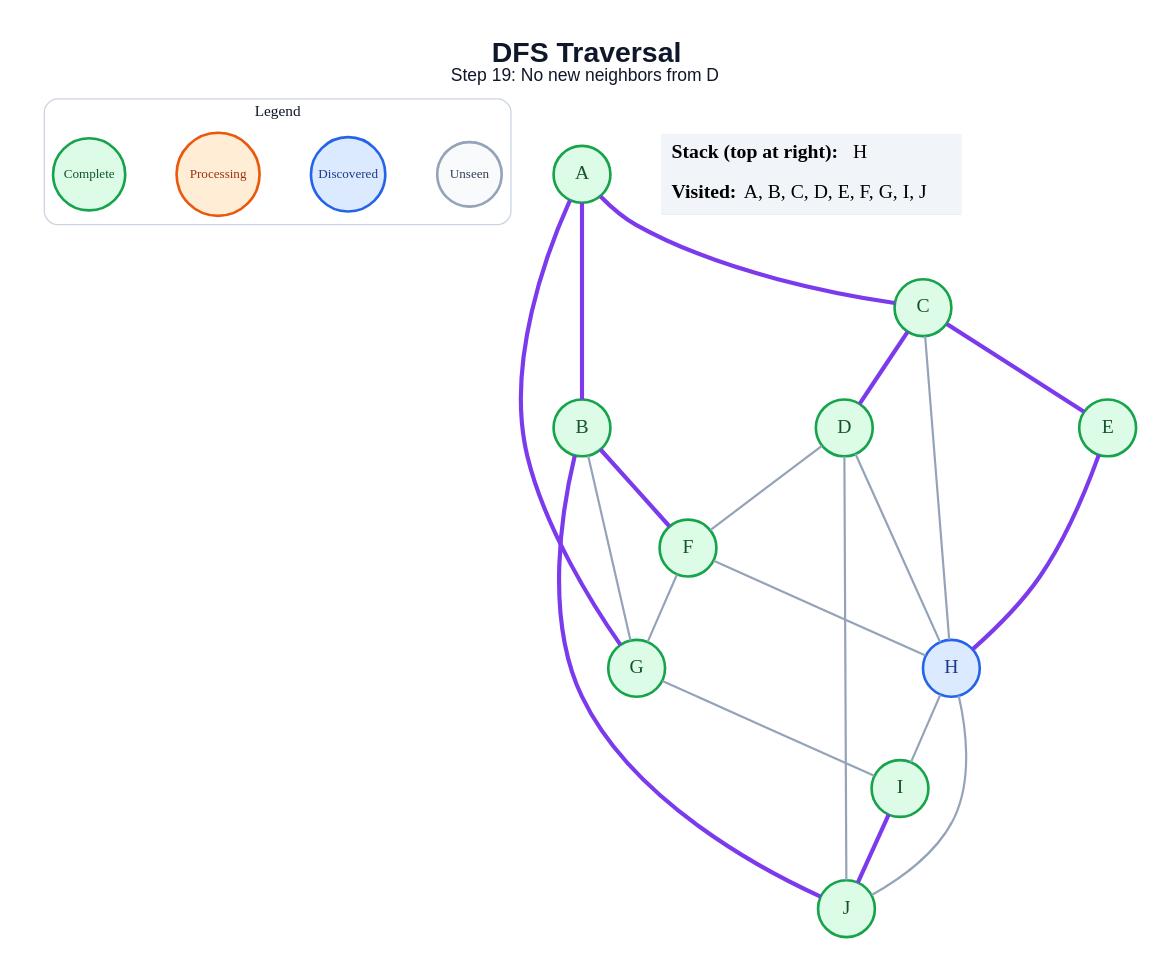
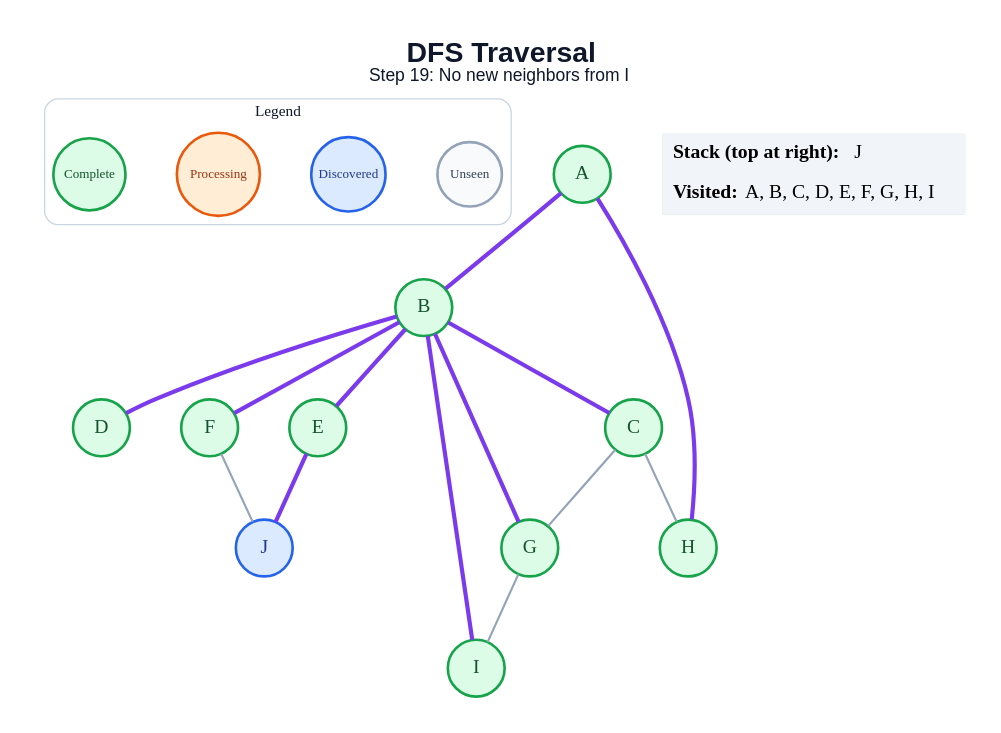
The diagram in generated/specific-node/dfs/step_19.dot (amanghodawala9/ai-slop), drawn with Graphviz before and after one commit. The commit also changed 178 other files, not shown here.

```diff
--- a/generated/specific-node/dfs/step_19.dot
+++ b/generated/specific-node/dfs/step_19.dot
@@ -1,48 +1,42 @@
 graph traversal {
   graph [layout=dot, rankdir=TB, bgcolor="#FFFFFF", pad="0.35", nodesep="0.65", ranksep="0.8", fontname="Arial"];
   node [shape=circle, style="filled", fontname="Arial Bold", fontsize=18, width=0.72, fixedsize=true, penwidth=2.4];
   edge [color="#94A3B8", penwidth=2.0];
-  label=<<B>DFS Traversal</B><BR/><FONT POINT-SIZE="16">Step 19: No new neighbors from D</FONT>>; labelloc="t"; fontsize=26; fontname="Arial"; fontcolor="#0F172A";
+  label=<<B>DFS Traversal</B><BR/><FONT POINT-SIZE="16">Step 19: No new neighbors from I</FONT>>; labelloc="t"; fontsize=26; fontname="Arial"; fontcolor="#0F172A";
   subgraph cluster_legend { label="Legend"; color="#CBD5E1"; penwidth=1.2; style="rounded"; fontsize=14; fontname="Arial Bold";
     key_unseen [label="Unseen", fillcolor="#F8FAFC", color="#94A3B8", fontcolor="#334155", fontsize=12, width=0.82];
     key_frontier [label="Discovered", fillcolor="#DBEAFE", color="#2563EB", fontcolor="#1E3A8A", fontsize=12, width=0.95];
     key_current [label="Processing", fillcolor="#FFEDD5", color="#EA580C", fontcolor="#9A3412", fontsize=12, width=1.05];
     key_done [label="Complete", fillcolor="#DCFCE7", color="#16A34A", fontcolor="#14532D", fontsize=12, width=0.92];
     { rank=same; key_unseen; key_frontier; key_current; key_done; }
   }
   A [fillcolor="#DCFCE7", color="#16A34A", fontcolor="#14532D"];
   B [fillcolor="#DCFCE7", color="#16A34A", fontcolor="#14532D"];
   C [fillcolor="#DCFCE7", color="#16A34A", fontcolor="#14532D"];
   D [fillcolor="#DCFCE7", color="#16A34A", fontcolor="#14532D"];
   E [fillcolor="#DCFCE7", color="#16A34A", fontcolor="#14532D"];
   F [fillcolor="#DCFCE7", color="#16A34A", fontcolor="#14532D"];
   G [fillcolor="#DCFCE7", color="#16A34A", fontcolor="#14532D"];
-  H [fillcolor="#DBEAFE", color="#2563EB", fontcolor="#1E3A8A"];
+  H [fillcolor="#DCFCE7", color="#16A34A", fontcolor="#14532D"];
   I [fillcolor="#DCFCE7", color="#16A34A", fontcolor="#14532D"];
-  J [fillcolor="#DCFCE7", color="#16A34A", fontcolor="#14532D"];
+  J [fillcolor="#DBEAFE", color="#2563EB", fontcolor="#1E3A8A"];
   A -- B [color="#7C3AED", penwidth=3.8];
-  A -- C [color="#7C3AED", penwidth=3.8];
-  A -- G [color="#7C3AED", penwidth=3.8];
+  A -- H [color="#7C3AED", penwidth=3.8];
+  B -- C [color="#7C3AED", penwidth=3.8];
+  B -- D [color="#7C3AED", penwidth=3.8];
+  B -- E [color="#7C3AED", penwidth=3.8];
   B -- F [color="#7C3AED", penwidth=3.8];
-  B -- G;
-  B -- J [color="#7C3AED", penwidth=3.8];
-  C -- D [color="#7C3AED", penwidth=3.8];
-  C -- E [color="#7C3AED", penwidth=3.8];
+  B -- G [color="#7C3AED", penwidth=3.8];
+  B -- I [color="#7C3AED", penwidth=3.8];
+  C -- G;
   C -- H;
-  D -- F;
-  D -- H;
-  D -- J;
-  E -- H [color="#7C3AED", penwidth=3.8];
-  F -- G;
-  F -- H;
+  E -- J [color="#7C3AED", penwidth=3.8];
+  F -- J;
   G -- I;
-  H -- I;
-  H -- J;
-  I -- J [color="#7C3AED", penwidth=3.8];
   status [shape=plain, fixedsize=false, width=0, height=0, margin=0, label=<
     <TABLE BORDER="0" CELLBORDER="0" CELLPADDING="7" BGCOLOR="#F1F5F9">
-      <TR><TD ALIGN="LEFT"><B>Stack (top at right):</B> H</TD></TR>
-      <TR><TD ALIGN="LEFT"><B>Visited:</B> A, B, C, D, E, F, G, I, J</TD></TR>
+      <TR><TD ALIGN="LEFT"><B>Stack (top at right):</B> J</TD></TR>
+      <TR><TD ALIGN="LEFT"><B>Visited:</B> A, B, C, D, E, F, G, H, I</TD></TR>
     </TABLE>
   >];
 }
```
